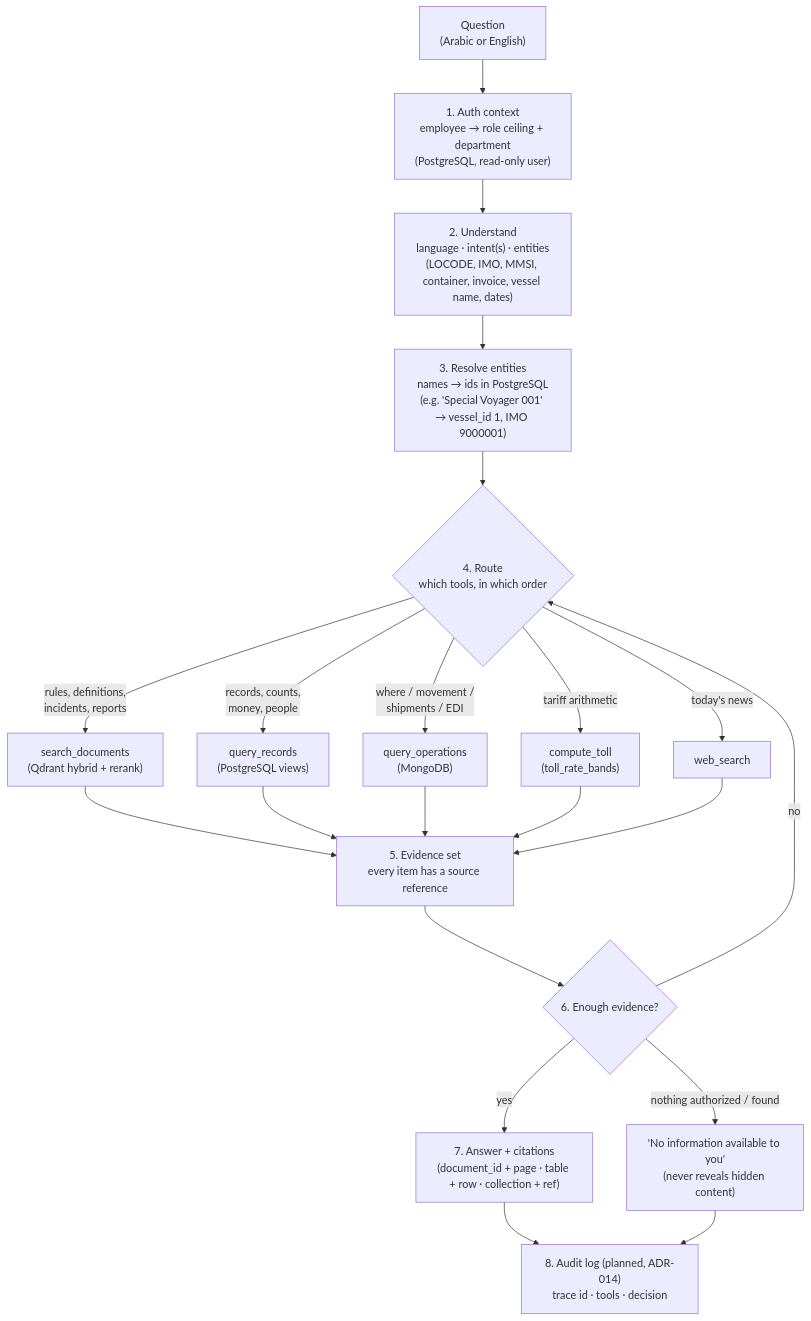
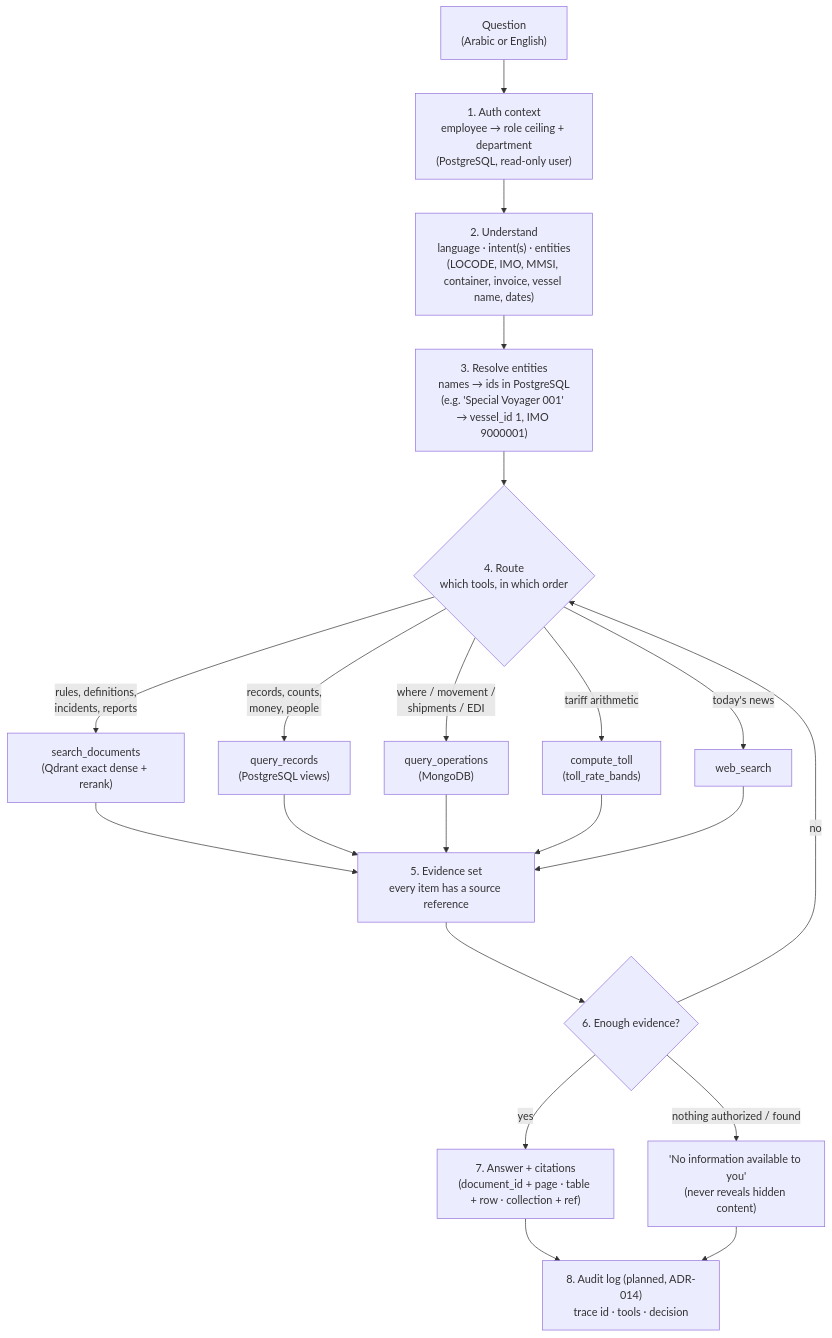
One commit to mahmoudsameh00/nilegate-ports-ai changed the first of 2 diagrams in docs/RETRIEVAL_FLOW.md. Above: the diagram before and after it, drawn with Mermaid. The commit also changed other lines of this file and 28 other files, not shown here.

````diff
--- a/docs/RETRIEVAL_FLOW.md
+++ b/docs/RETRIEVAL_FLOW.md
@@ -14,19 +16,19 @@
 ```mermaid
 flowchart TD
     Q["Question<br/>(Arabic or English)"] --> AUTH["1. Auth context<br/>employee → role ceiling + department<br/>(PostgreSQL, read-only user)"]
     AUTH --> UND["2. Understand<br/>language · intent(s) · entities<br/>(LOCODE, IMO, MMSI, container, invoice, vessel name, dates)"]
     UND --> RES["3. Resolve entities<br/>names → ids in PostgreSQL<br/>(e.g. 'Special Voyager 001' → vessel_id 1, IMO 9000001)"]
     RES --> PLAN{"4. Route<br/>which tools, in which order"}
-    PLAN -->|"rules, definitions,<br/>incidents, reports"| DOC["search_documents<br/>(Qdrant hybrid + rerank)"]
+    PLAN -->|"rules, definitions,<br/>incidents, reports"| DOC["search_documents<br/>(Qdrant exact dense + rerank)"]
     PLAN -->|"records, counts,<br/>money, people"| SQL["query_records<br/>(PostgreSQL views)"]
     PLAN -->|"where / movement /<br/>shipments / EDI"| OPS["query_operations<br/>(MongoDB)"]
     PLAN -->|"tariff arithmetic"| CALC["compute_toll<br/>(toll_rate_bands)"]
     PLAN -->|"today's news"| WEB["web_search"]
     DOC & SQL & OPS & CALC & WEB --> EVI["5. Evidence set<br/>every item has a source reference"]
     EVI --> CHECK{"6. Enough evidence?"}
     CHECK -->|"no"| PLAN
     CHECK -->|"yes"| ANS["7. Answer + citations<br/>(document_id + page · table + row · collection + ref)"]
     CHECK -->|"nothing authorized / found"| REF["'No information available to you'<br/>(never reveals hidden content)"]
     ANS --> LOG["8. Audit log (planned, ADR-014)<br/>trace id · tools · decision"]
     REF --> LOG
 ```
````
